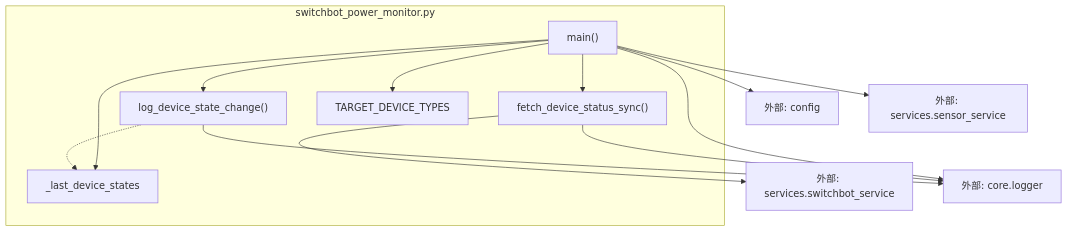
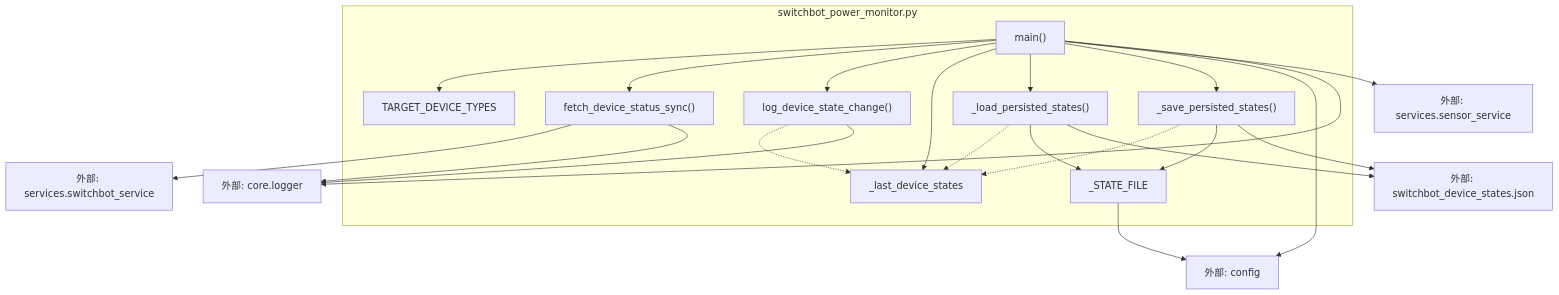
Before and after one commit to mmtigers/my_python_project: the second of 2 diagrams in docs/specifications/MY_HOME_SYSTEM/switchbot_power_monitor.md, drawn with Mermaid. The commit also changed other lines of this file, not shown here.

First line of the commit message:
docs(MY_HOME_SYSTEM): switchbot_power_monitor.mdの追加ドリフトを解消(棚卸しE1)

````diff
--- a/docs/specifications/MY_HOME_SYSTEM/switchbot_power_monitor.md
+++ b/docs/specifications/MY_HOME_SYSTEM/switchbot_power_monitor.md
@@ -190,30 +245,43 @@
 ```mermaid
 graph TD
     subgraph "switchbot_power_monitor.py"
         Main["main()"]
         Fetch["fetch_device_status_sync()"]
         LogState["log_device_state_change()"]
+        LoadState["_load_persisted_states()"]
+        SaveState["_save_persisted_states()"]
         Cache["_last_device_states"]
+        StateFile["_STATE_FILE"]
         TargetTypes["TARGET_DEVICE_TYPES"]
     end
     
     Main --> TargetTypes
     Main --> Fetch
     Main --> LogState
     Main --> Cache
+    Main --> LoadState
+    Main --> SaveState
     
     LogState -.-> Cache
+    LoadState -.-> Cache
+    SaveState -.-> Cache
+    LoadState --> StateFile
+    SaveState --> StateFile
     
     Config["外部: config"]
     SBService["外部: services.switchbot_service"]
     SensorService["外部: services.sensor_service"]
     Logger["外部: core.logger"]
+    DiskFile["外部: switchbot_device_states.json"]
     
     Main --> Config
     Main --> SensorService
     Main --> Logger
     Fetch --> SBService
     Fetch --> Logger
     LogState --> Logger
+    StateFile --> Config
+    LoadState --> DiskFile
+    SaveState --> DiskFile
 
 ```
````
